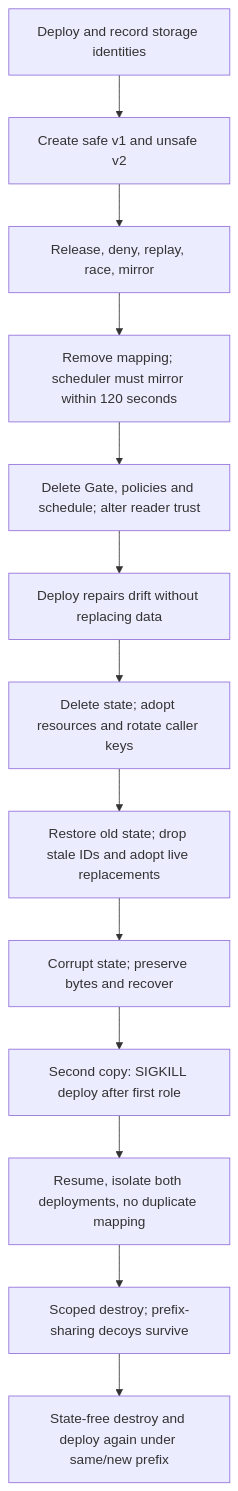
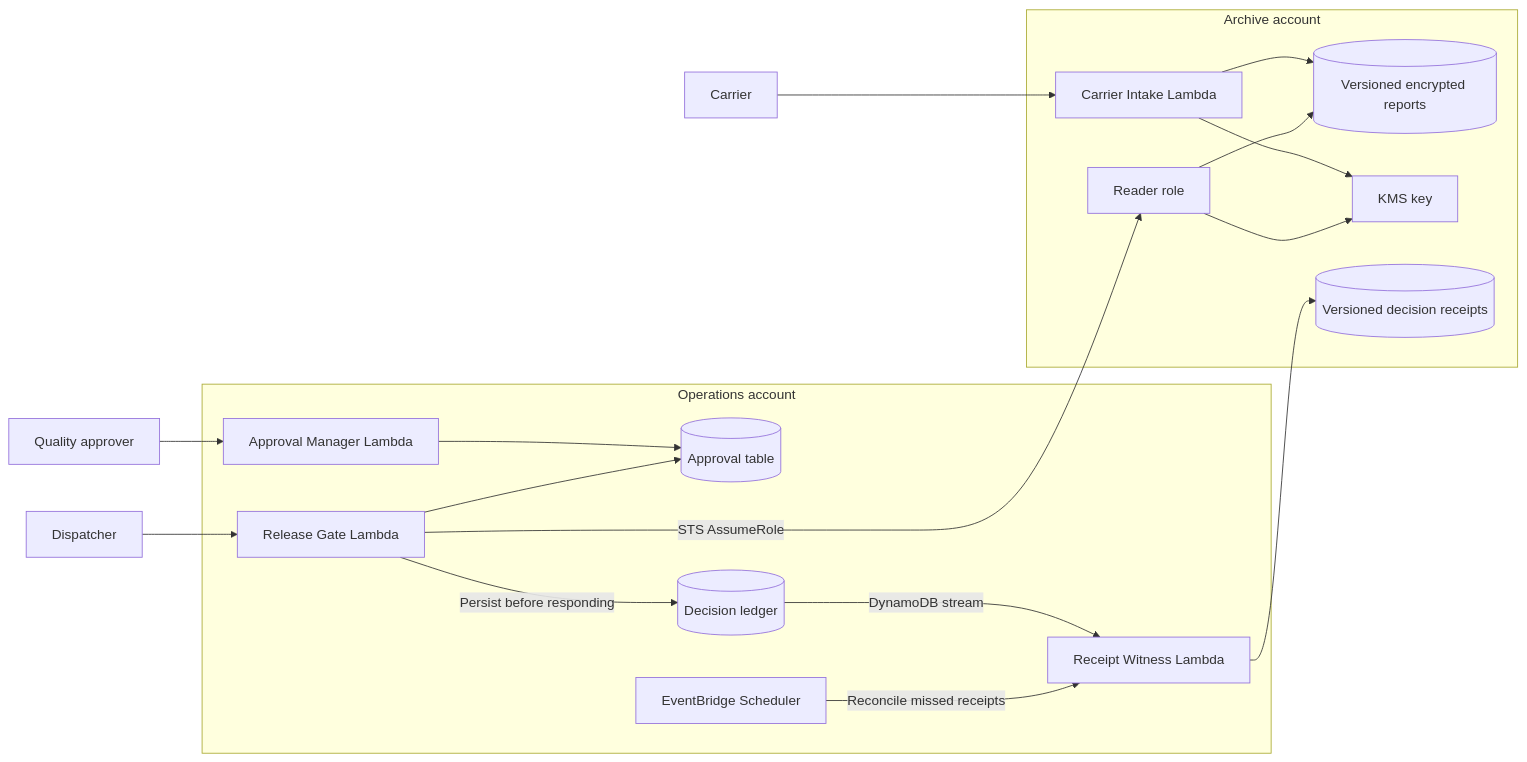
One commit to Shulinagarwal/FrostPass changed the diagram in README.md. Above: the diagram before and after it, drawn with Mermaid. The commit also changed other lines of this file, not shown here.

Commit message:
docs: improve FrostPass overview, architecture, and evaluation guide

````diff
--- a/README.md
+++ b/README.md
@@ -99,15 +31,35 @@
 ```mermaid
-flowchart TD
-    A[Deploy and record storage identities] --> B[Create safe v1 and unsafe v2]
-    B --> C[Release, deny, replay, race, mirror]
-    C --> D[Remove mapping; scheduler must mirror within 120 seconds]
-    D --> E[Delete Gate, policies and schedule; alter reader trust]
-    E --> F[Deploy repairs drift without replacing data]
-    F --> G[Delete state; adopt resources and rotate caller keys]
-    G --> H[Restore old state; drop stale IDs and adopt live replacements]
-    H --> I[Corrupt state; preserve bytes and recover]
-    I --> J[Second copy: SIGKILL deploy after first role]
-    J --> K[Resume, isolate both deployments, no duplicate mapping]
-    K --> L[Scoped destroy; prefix-sharing decoys survive]
-    L --> M[State-free destroy and deploy again under same/new prefix]
+flowchart LR
+    C[Carrier] --> I
+    Q[Quality approver] --> G
+    D[Dispatcher] --> B
+
+    subgraph Archive[Archive account]
+        I[Carrier Intake Lambda]
+        S[(Versioned encrypted reports)]
+        K[KMS key]
+        R[Reader role]
+        A[(Versioned decision receipts)]
+        I --> S
+        I --> K
+        R --> S
+        R --> K
+    end
+
+    subgraph Operations[Operations account]
+        G[Approval Manager Lambda]
+        T[(Approval table)]
+        B[Release Gate Lambda]
+        L[(Decision ledger)]
+        W[Receipt Witness Lambda]
+        E[EventBridge Scheduler]
+        G --> T
+        B --> T
+        B -->|Persist before responding| L
+        L -->|DynamoDB stream| W
+        E -->|Reconcile missed receipts| W
+    end
+
+    B -->|STS AssumeRole| R
+    W --> A
 ```
````
